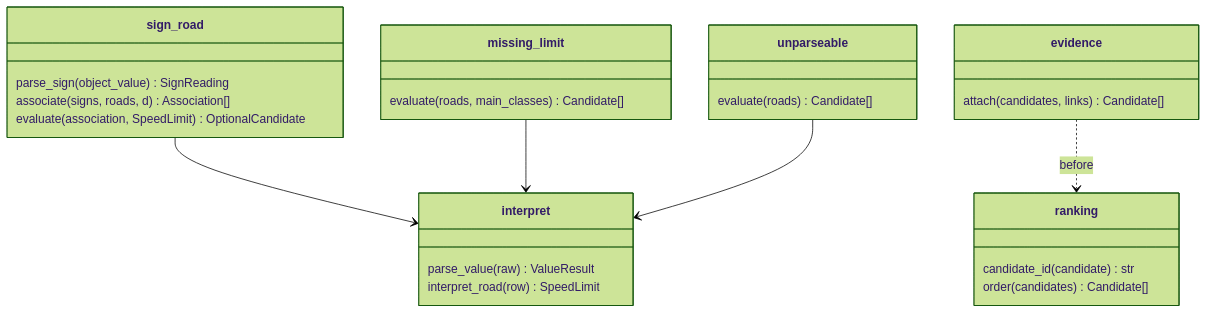
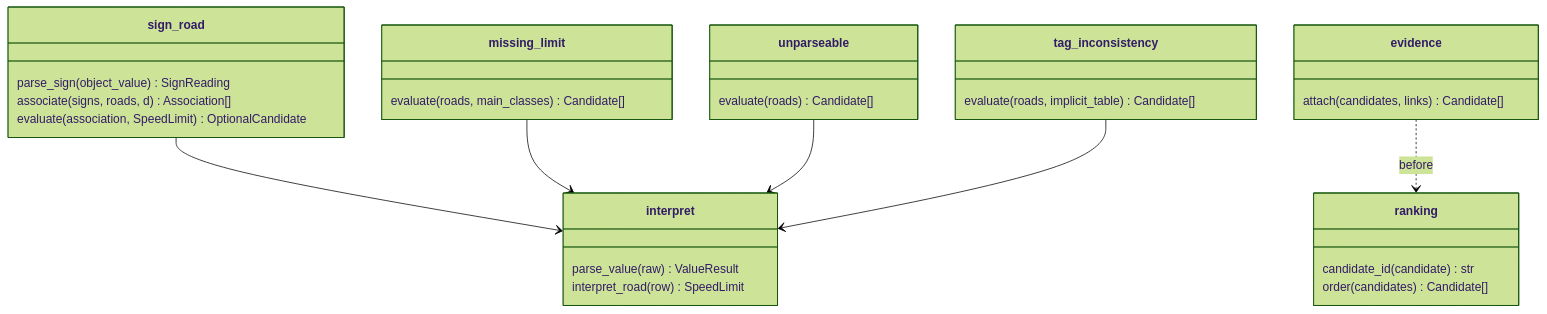
Before and after one commit to monikabialobrzeska/szkolenie_dodatkowe: the first of 3 diagrams in docs/ADR/002-detection-rules.md, drawn with Mermaid (forest theme). The commit also changed other lines of this file and 4 other files, not shown here.

````diff
--- a/docs/ADR/002-detection-rules.md
+++ b/docs/ADR/002-detection-rules.md
@@ -179,29 +204,33 @@
 ```mermaid
 classDiagram
     class interpret {
         parse_value(raw) ValueResult
         interpret_road(row) SpeedLimit
     }
     class sign_road {
         parse_sign(object_value) SignReading
         associate(signs, roads, d) Association[]
         evaluate(association, SpeedLimit) OptionalCandidate
     }
     class missing_limit {
         evaluate(roads, main_classes) Candidate[]
     }
     class unparseable {
         evaluate(roads) Candidate[]
     }
+    class tag_inconsistency {
+        evaluate(roads, implicit_table) Candidate[]
+    }
     class evidence {
         attach(candidates, links) Candidate[]
     }
     class ranking {
         candidate_id(candidate) str
         order(candidates) Candidate[]
     }
     sign_road --> interpret
     missing_limit --> interpret
     unparseable --> interpret
+    tag_inconsistency --> interpret
     evidence ..> ranking : before
 ```
````
